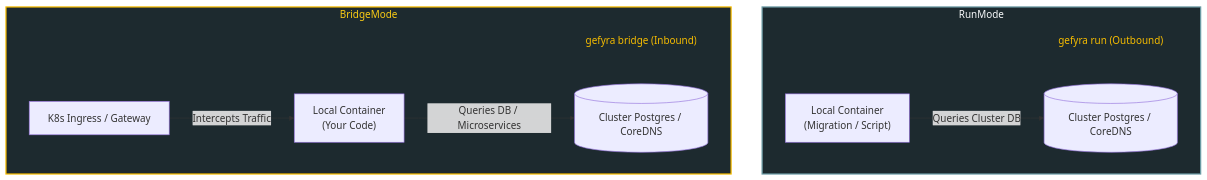
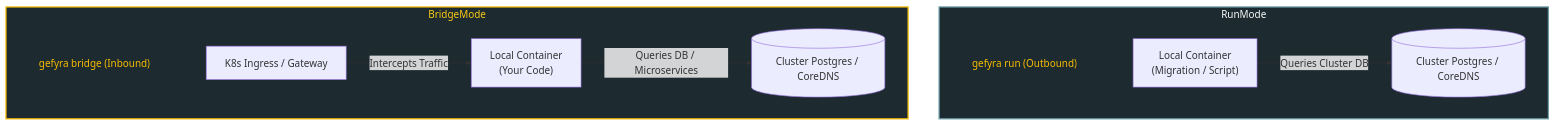
The diagram in gefyra-docs/content/en/3.developer-workflows/3.bridge-vs-run.md (gefyrahq/gefyra), drawn with Mermaid before and after one commit. The commit also changed other lines of this file and 33 other files, not shown here.

````diff
--- a/gefyra-docs/content/en/3.developer-workflows/3.bridge-vs-run.md
+++ b/gefyra-docs/content/en/3.developer-workflows/3.bridge-vs-run.md
@@ -31,22 +31,22 @@
 ```mermaid
 flowchart TD
     subgraph RunMode
         direction LR
-        RunTitle[["gefyra run (Outbound)"]]
-        LocalContainer1["Local Container<br/>(Migration / Script)"] -->|Queries Cluster DB| ClusterDB[("Cluster Postgres / CoreDNS")]
+        RunTitle[["gefyra run (Outbound)"]] ~~~ LocalContainer1["Local Container<br/>(Migration / Script)"]
+        LocalContainer1 -->|Queries Cluster DB| ClusterDB[("Cluster Postgres / CoreDNS")]
     end
 
     subgraph BridgeMode
         direction LR
-        BridgeTitle[["gefyra bridge (Inbound)"]]
-        ClusterIngress["K8s Ingress / Gateway"] -->|Intercepts Traffic| LocalContainer2["Local Container<br/>(Your Code)"]
+        BridgeTitle[["gefyra bridge (Inbound)"]] ~~~ ClusterIngress["K8s Ingress / Gateway"]
+        ClusterIngress -->|Intercepts Traffic| LocalContainer2["Local Container<br/>(Your Code)"]
         LocalContainer2 -->|Queries DB / Microservices| ClusterDB2[("Cluster Postgres / CoreDNS")]
     end
 
     classDef groupTitle fill:transparent,stroke:none,color:#f6bc00;
     classDef runBox fill:#1d2a2f,stroke:#6b9ba5,stroke-width:2px,color:#f8fafc;
     classDef bridgeBox fill:#1d2a2f,stroke:#f6bc00,stroke-width:2px,color:#facc15;
     class RunTitle,BridgeTitle groupTitle;
     class RunMode runBox;
     class BridgeMode bridgeBox;
 ```
````
